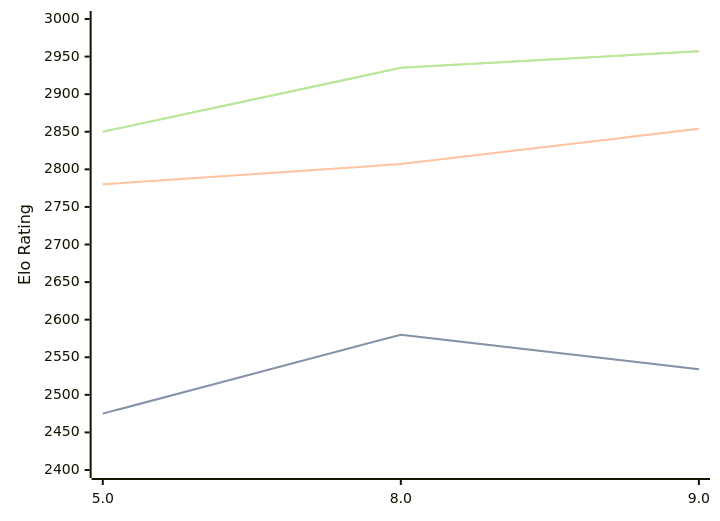
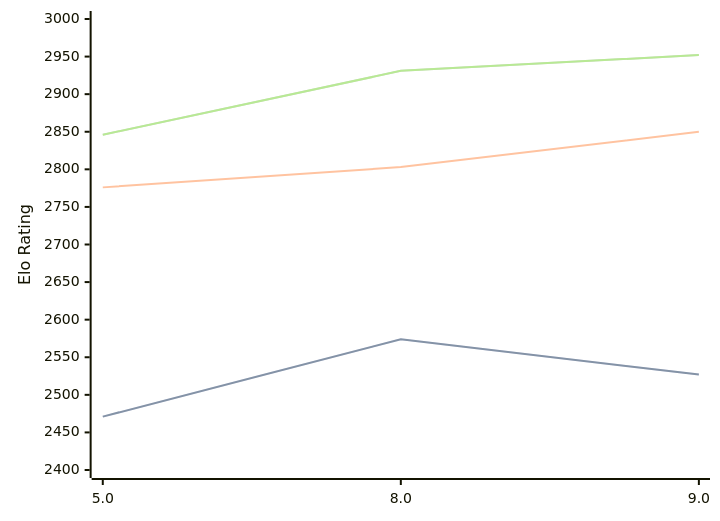
The third of 3 diagrams in engines/4kc.md (computer-chess-index/cci), drawn with Mermaid before and after one commit. The commit also changed other lines of this file, not shown here.

Commit message:
Update CCI Ratings (ELO VLTC) - 2026-07-16

````diff
--- a/engines/4kc.md
+++ b/engines/4kc.md
@@ -75,11 +75,11 @@
 ```mermaid
 %%{init: {"theme":"base","themeVariables":{"seriesColors:['#a3a3a3','#222221','#faa371']}}}%%
 xychart-beta
   x-axis ["5.0", "8.0", "9.0"]
   y-axis "Elo Rating" 2400 --> 3000
-  line "STC (8.0+0.08s)" [2475, 2580, 2534]
-  line "STC (8.0+0.08s)" [2475, 2580, 2534]
-  line "LTC (60.0+0.60s)" [2780, 2807, 2854]
-  line "VLTC (2m24s+1.12s)" [2850, 2935, 2957]
-  line "VLTC (2m24s+1.12s)" [2850, 2935, 2957]
+  line "STC (8.0+0.08s)" [2471, 2574, 2527]
+  line "STC (8.0+0.08s)" [2471, 2574, 2527]
+  line "LTC (60.0+0.60s)" [2776, 2803, 2850]
+  line "VLTC (2m24s+1.12s)" [2846, 2931, 2952]
+  line "VLTC (2m24s+1.12s)" [2846, 2931, 2952]
 ```
````
